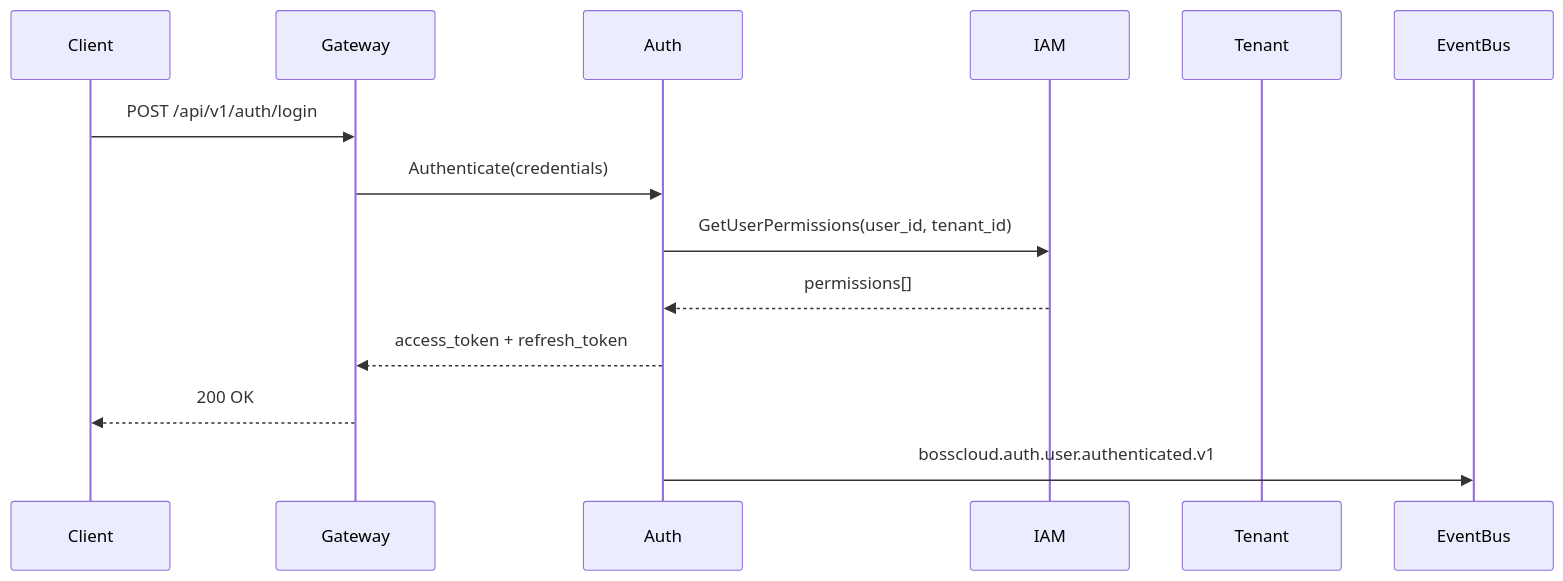
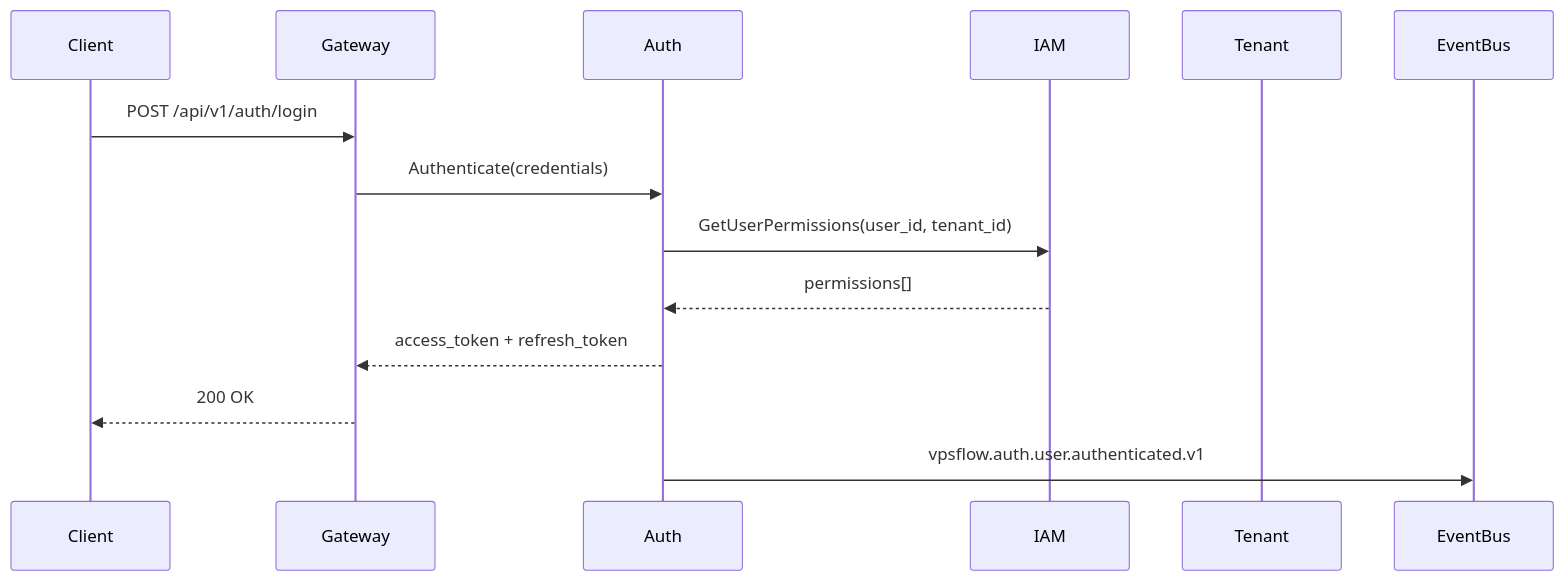
One commit to 23neeozz/VPSFlow changed the diagram in docs/architecture/identity.md. Above: the diagram before and after it, drawn with Mermaid. The commit also changed other lines of this file and 156 other files, not shown here.

````diff
--- a/docs/architecture/identity.md
+++ b/docs/architecture/identity.md
@@ -7,17 +7,17 @@
 ```mermaid
 sequenceDiagram
     participant Client
     participant Gateway
     participant Auth
     participant IAM
     participant Tenant
     participant EventBus
 
     Client->>Gateway: POST /api/v1/auth/login
     Gateway->>Auth: Authenticate(credentials)
     Auth->>IAM: GetUserPermissions(user_id, tenant_id)
     IAM-->>Auth: permissions[]
     Auth-->>Gateway: access_token + refresh_token
     Gateway-->>Client: 200 OK
-    Auth->>EventBus: bosscloud.auth.user.authenticated.v1
+    Auth->>EventBus: vpsflow.auth.user.authenticated.v1
 ```
````
